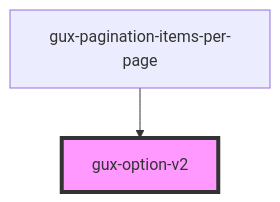
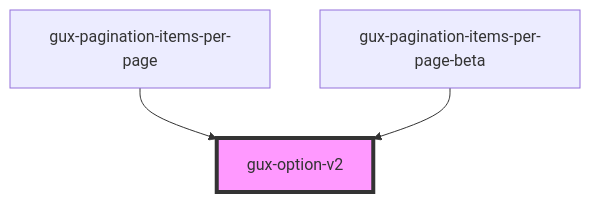
One commit to MyPureCloud/genesys-spark changed the diagram in src/components/beta/gux-listbox/gux-option-v2/readme.md. Above: the diagram before and after it, drawn with Mermaid. The commit also changed other lines of this file and 99 other files, not shown here.

Commit message:
feat(gux-pagination-beta): created pagination beta component with simple and advanced layout options

````diff
--- a/src/components/beta/gux-listbox/gux-option-v2/readme.md
+++ b/src/components/beta/gux-listbox/gux-option-v2/readme.md
@@ -25,5 +26,6 @@
 ```mermaid
 graph TD;
   gux-pagination-items-per-page --> gux-option-v2
+  gux-pagination-items-per-page-beta --> gux-option-v2
   style gux-option-v2 fill:#f9f,stroke:#333,stroke-width:4px
 ```
````
